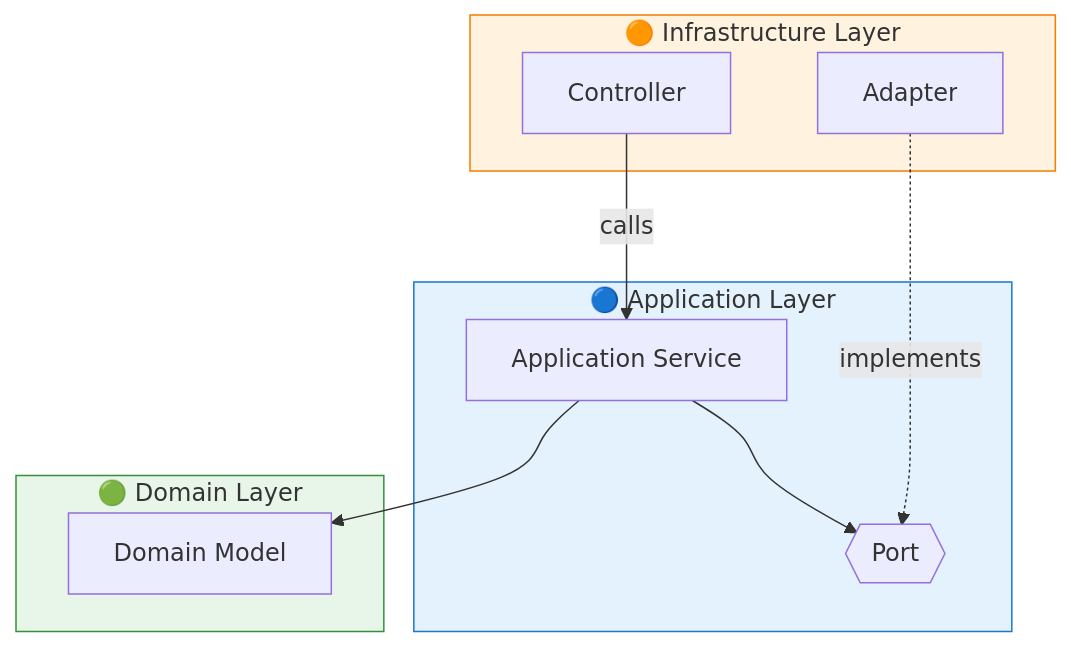
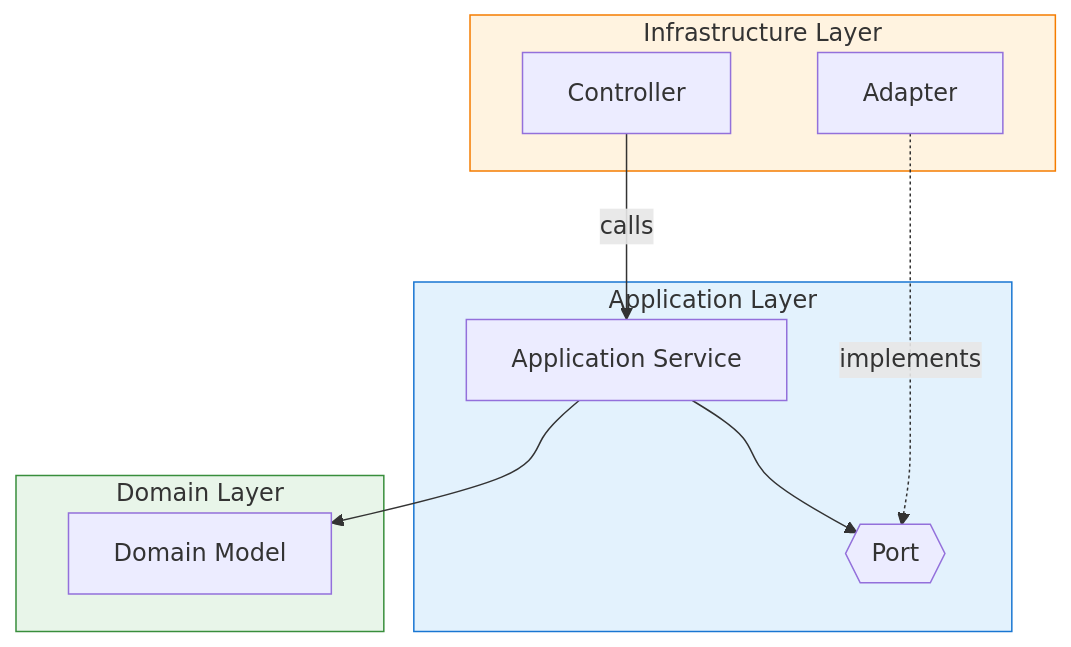
Before and after one commit to disj11/disj11.github.io: the fourth of 6 diagrams in content/posts/ddd-hexagonal-architecture-guide.md, drawn with Mermaid. The commit also changed other lines of this file and 25 other files, not shown here.

````diff
--- a/content/posts/ddd-hexagonal-architecture-guide.md
+++ b/content/posts/ddd-hexagonal-architecture-guide.md
@@ -347,25 +347,25 @@
 ```mermaid
 flowchart TB
-    subgraph INFRA["🟠 Infrastructure Layer"]
+    subgraph INFRA["Infrastructure Layer"]
         CTL["Controller"]
         ADP["Adapter"]
     end
     
-    subgraph APPL["🔵 Application Layer"]
+    subgraph APPL["Application Layer"]
         SVC["Application Service"]
         PORT{{"Port"}}
     end
     
-    subgraph DOMAIN["🟢 Domain Layer"]
+    subgraph DOMAIN["Domain Layer"]
         DOM["Domain Model"]
     end
     
     CTL -->|calls| SVC
     SVC --> DOM
     SVC --> PORT
     ADP -.->|implements| PORT
     
     style DOMAIN fill:#e8f5e9,stroke:#388e3c
     style APPL fill:#e3f2fd,stroke:#1976d2
     style INFRA fill:#fff3e0,stroke:#f57c00
 ```
````
